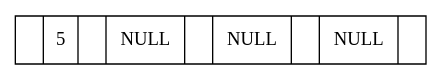
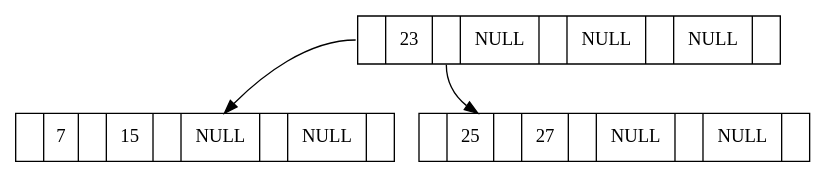
Before and after one commit to MadelynZuseth/EDD_Proyecto2_201612558: the diagram in arbolb.dot, drawn with Graphviz. The commit also changed 7 other files, not shown here.

```diff
--- a/arbolb.dot
+++ b/arbolb.dot
@@ -1,4 +1,6 @@
 digraph G{
 node[shape=record]
-1[label="<fo>|<f1>5|<f2>|<f3>NULL|<f4>|<f5>NULL|<f6>|<f7>NULL|<f8>"];
-}
+2[label="<f0>|<f1>23|<f2>|<f3>NULL|<f4>|<f5>NULL|<f6>|<f7>NULL|<f8>"];
+1[label="<f0>|<f1>7|<f2>|<f3>15|<f4>|<f5>NULL|<f6>|<f7>NULL|<f8>"];
+3[label="<f0>|<f1>25|<f2>|<f3>27|<f4>|<f5>NULL|<f6>|<f7>NULL|<f8>"];
+2:f0->1;2:f2->3;}
```
